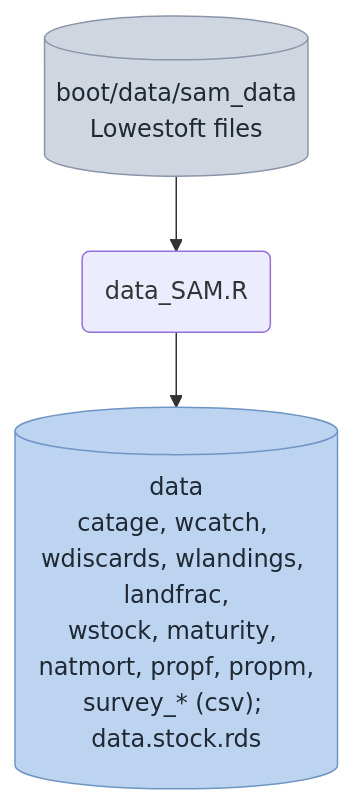
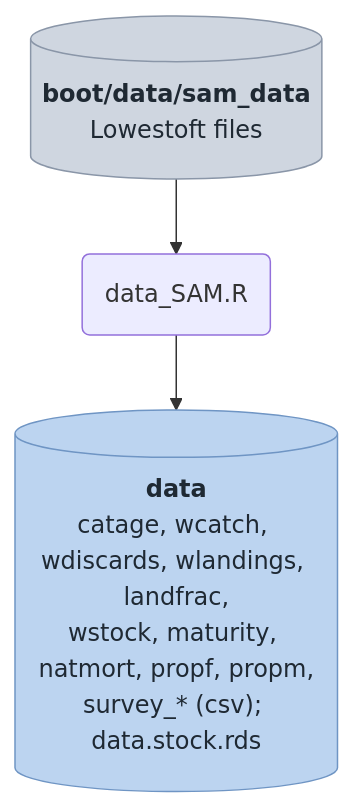
One commit to ices-tools-dev/SAM_taf_template changed the second of 5 diagrams in README.Rmd. Above: the diagram before and after it, drawn with Mermaid. The commit also changed other lines of this file and 4 other files, not shown here.

Commit message:
Add catch options table and forecast report, name forecast tables by scenario, order README diagrams

````diff
--- a/README.Rmd
+++ b/README.Rmd
@@ -77,12 +78,14 @@
 ```mermaid
 flowchart TD
-  A[("boot/data/sam_data<br/>Lowestoft files")] --> S("data_SAM.R")
-  S --> B[("data<br/>catage, wcatch, wdiscards, wlandings, landfrac,<br/>wstock, maturity, natmort, propf, propm,<br/>survey_* (csv); data.stock.rds")]
+  A[("<b>boot/data/sam_data</b><br/>Lowestoft files")]
+  S("data_SAM.R")
+  B[("<b>data</b><br/>catage, wcatch, wdiscards, wlandings, landfrac,<br/>wstock, maturity, natmort, propf, propm,<br/>survey_* (csv); data.stock.rds")]
+  A --> S --> B
   classDef boot fill:#cfd6e0,stroke:#8a96a8,color:#1f2933
   classDef data fill:#bcd4f0,stroke:#6f95c4,color:#1f2933
   classDef model fill:#b6e0d6,stroke:#5fa596,color:#1f2933
   classDef output fill:#c8e6b5,stroke:#7cad62,color:#1f2933
   classDef report fill:#f3d9a6,stroke:#c9a35a,color:#1f2933
   class A boot
   class B data
 ```
````
